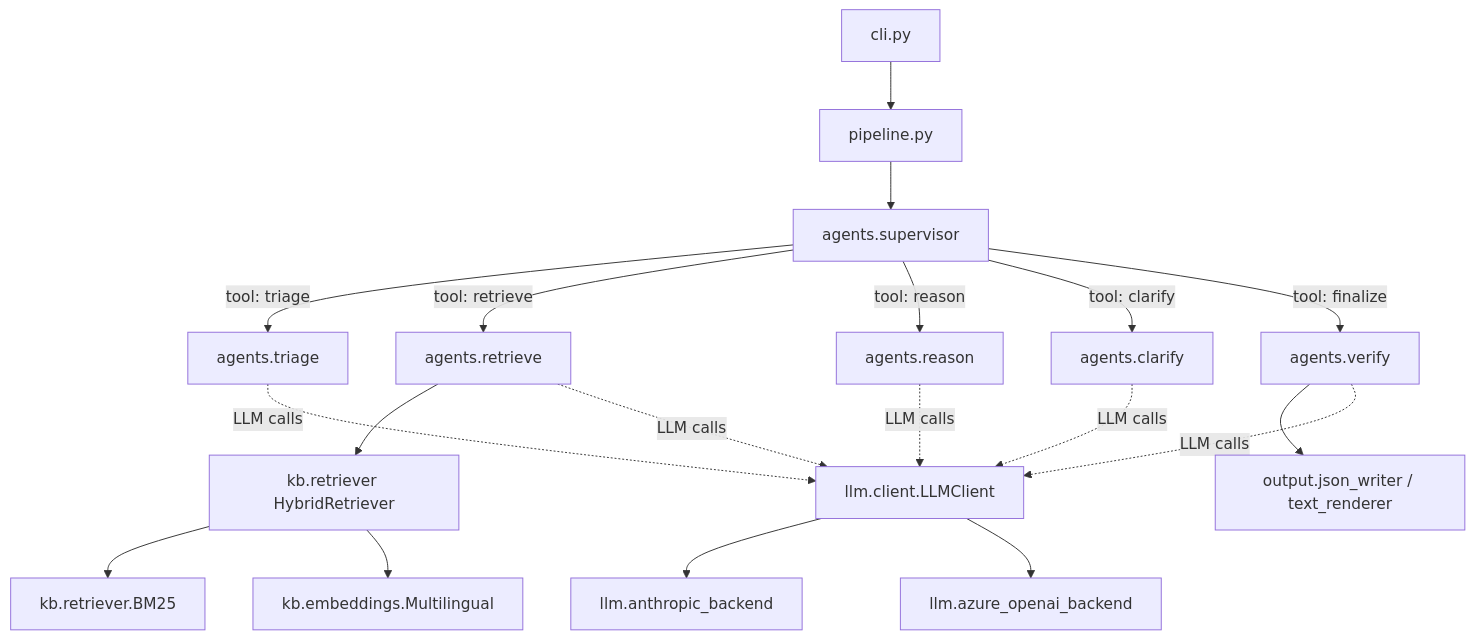
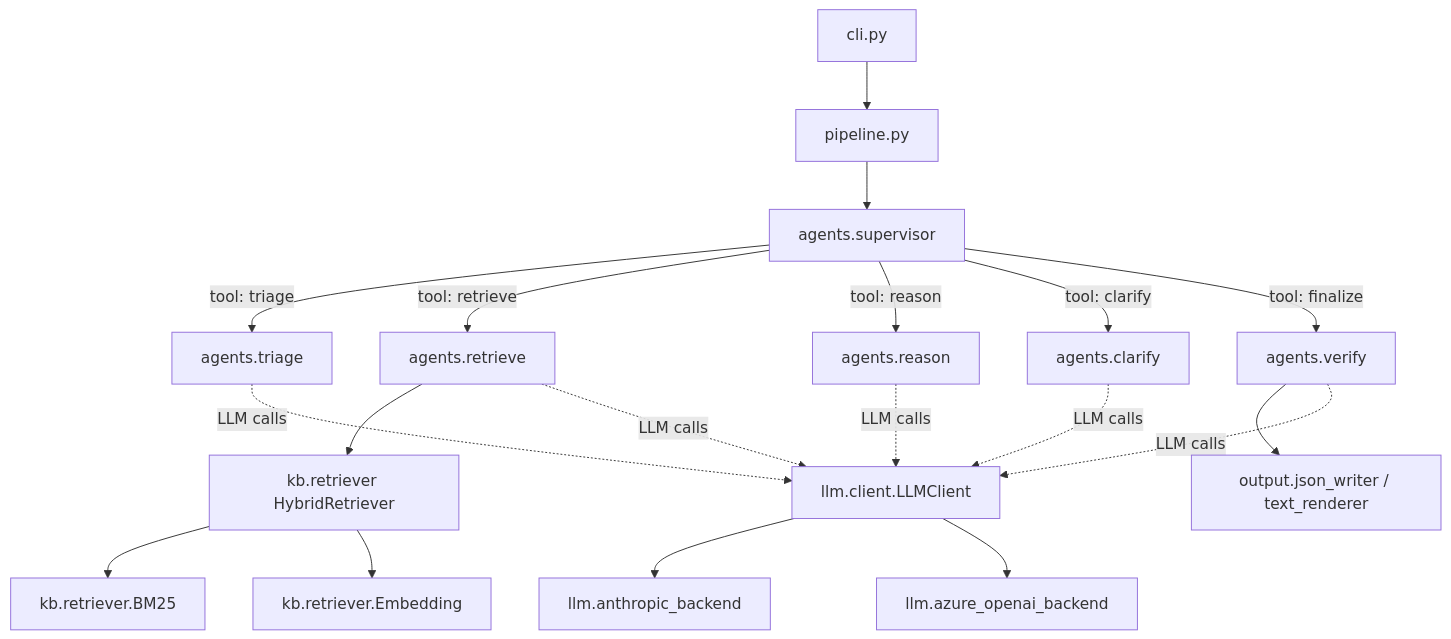
The diagram in docs/05-building-block-view/README.md (cofade/agentic-ai-challenge), drawn with Mermaid before and after one commit. The commit also changed other lines of this file and 6 other files, not shown here.

First line of the commit message:
feat(#11): multilingual embedding retriever + on-disk cache (#46)

````diff
--- a/docs/05-building-block-view/README.md
+++ b/docs/05-building-block-view/README.md
@@ -7,17 +7,17 @@
 ```mermaid
 graph TD
     CLI[cli.py] --> Pipeline[pipeline.py]
     Pipeline --> Supervisor[agents.supervisor]
     Supervisor -->|tool: triage| Triage[agents.triage]
     Supervisor -->|tool: retrieve| Retrieve[agents.retrieve]
     Supervisor -->|tool: reason| Reason[agents.reason]
     Supervisor -->|tool: clarify| Clarify[agents.clarify]
     Supervisor -->|tool: finalize| Verify[agents.verify]
     Retrieve --> KB[kb.retriever HybridRetriever]
     KB --> BM25[kb.retriever.BM25]
-    KB --> Embed[kb.embeddings.Multilingual]
+    KB --> Embed[kb.retriever.Embedding]
     Verify --> Output[output.json_writer / text_renderer]
     Triage & Retrieve & Reason & Clarify & Verify -.->|LLM calls| Client[llm.client.LLMClient]
     Client --> Anthropic[llm.anthropic_backend]
     Client --> Azure[llm.azure_openai_backend]
 ```
````
